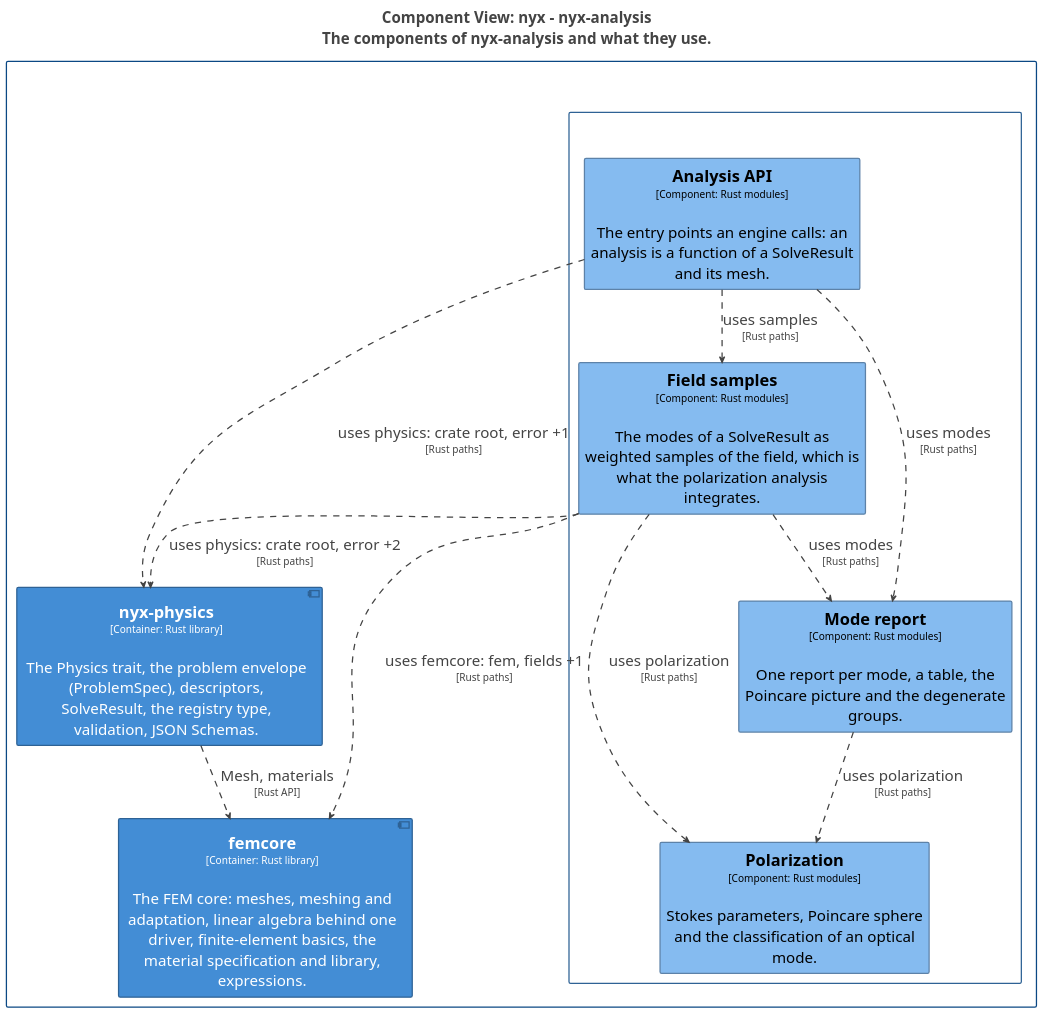
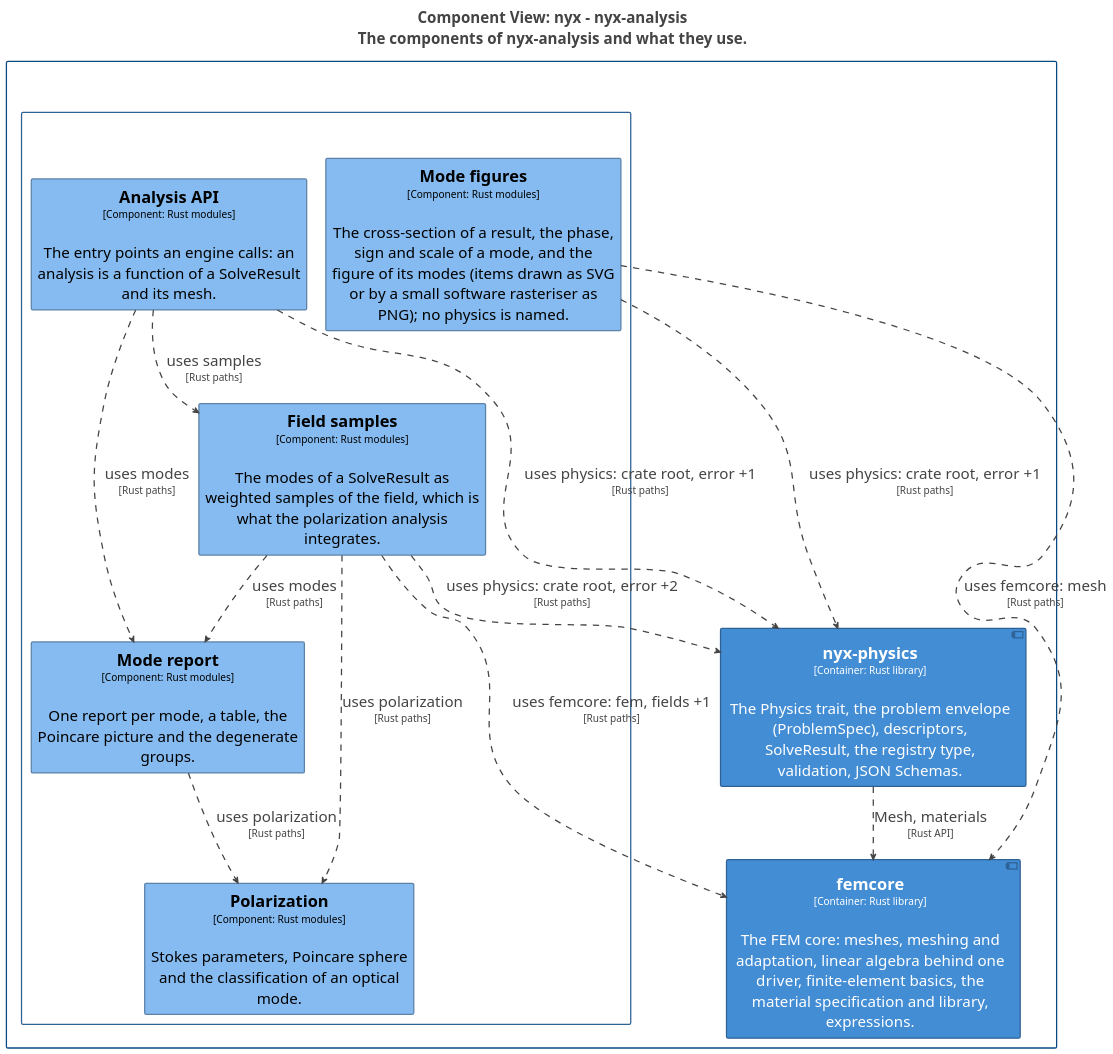
The diagram in docs/architecture/c4/export/plantuml/structurizr-Components_analysis.puml (p-j-r/nyx), drawn with PlantUML before and after one commit. The commit also changed 79 other files, not shown here.

First line of the commit message:
Figures of modes: results layout 4 (one documented node order, no /viz group), nyx-analysis section/modeview/canvas/raster/figure, engine command figure (SVG and PNG), XDMF as a nyx-only index of the stored datasets, ADR 99 (provisional), C4 pages rebuilt

```diff
--- a/docs/architecture/c4/export/plantuml/structurizr-Components_analysis.puml
+++ b/docs/architecture/c4/export/plantuml/structurizr-Components_analysis.puml
@@ -1,93 +1,96 @@
 @startuml
 title <size:24>Component View: nyx - nyx-analysis</size>\n<size:24>The components of nyx-analysis and what they use.</size>
 
 set separator none
 top to bottom direction
 skinparam ranksep 60
 skinparam nodesep 30
 hide stereotype
 
 <style>
   root {
     BackgroundColor: #ffffff;
     FontColor: #444444;
   }
   // Element,Component
   .Element-RWxlbWVudCxDb21wb25lbnQ= {
     BackgroundColor: #85bbf0;
     LineColor: #5d82a8;
     LineStyle: 0;
     LineThickness: 2;
     FontColor: #000000;
     FontSize: 24;
     HorizontalAlignment: center;
     Shadowing: 0;
     MaximumWidth: 450;
   }
   // Element,Container,Library
   .Element-RWxlbWVudCxDb250YWluZXIsTGlicmFyeQ== {
     BackgroundColor: #438dd5;
     LineColor: #2e6295;
     LineStyle: 0;
     LineThickness: 2;
     FontColor: #ffffff;
     FontSize: 24;
     HorizontalAlignment: center;
     Shadowing: 0;
     MaximumWidth: 450;
   }
   // Relationship
   .Relationship-UmVsYXRpb25zaGlw {
     LineThickness: 2;
     LineStyle: 10-10;
     LineColor: #444444;
     FontColor: #444444;
     FontSize: 24;
   }
   // nyx
   .Boundary-bnl4 {
     BackgroundColor: #ffffff;
     LineColor: #0b4884;
     LineStyle: 0;
     LineThickness: 2;
     FontColor: #ffffff;
     FontSize: 24;
     HorizontalAlignment: center;
     Shadowing: 0;
   }
   // nyx-analysis
   .Boundary-bnl4LWFuYWx5c2lz {
     BackgroundColor: #ffffff;
     LineColor: #2e6295;
     LineStyle: 0;
     LineThickness: 2;
     FontColor: #ffffff;
     FontSize: 24;
     HorizontalAlignment: center;
     Shadowing: 0;
   }
 </style>
 
 rectangle "nyx\n<size:16>[Software System]</size>" <<Boundary-bnl4>> {
   rectangle "nyx-analysis\n<size:16>[Container: Rust library]</size>" <<Boundary-bnl4LWFuYWx5c2lz>> {
     rectangle "==Analysis API\n<size:16>[Component: Rust modules]</size>\n\nThe entry points an engine calls: an analysis is a function of a SolveResult and its mesh." <<Element-RWxlbWVudCxDb21wb25lbnQ=>> as nyx.nyxanalysis.AnalysisAPI
     rectangle "==Field samples\n<size:16>[Component: Rust modules]</size>\n\nThe modes of a SolveResult as weighted samples of the field, which is what the polarization analysis integrates." <<Element-RWxlbWVudCxDb21wb25lbnQ=>> as nyx.nyxanalysis.Fieldsamples
     rectangle "==Polarization\n<size:16>[Component: Rust modules]</size>\n\nStokes parameters, Poincare sphere and the classification of an optical mode." <<Element-RWxlbWVudCxDb21wb25lbnQ=>> as nyx.nyxanalysis.Polarization
     rectangle "==Mode report\n<size:16>[Component: Rust modules]</size>\n\nOne report per mode, a table, the Poincare picture and the degenerate groups." <<Element-RWxlbWVudCxDb21wb25lbnQ=>> as nyx.nyxanalysis.Modereport
+    rectangle "==Mode figures\n<size:16>[Component: Rust modules]</size>\n\nThe cross-section of a result, the phase, sign and scale of a mode, and the figure of its modes (items drawn as SVG or by a small software rasteriser as PNG); no physics is named." <<Element-RWxlbWVudCxDb21wb25lbnQ=>> as nyx.nyxanalysis.Modefigures
   }
 
   component "==nyx-physics\n<size:16>[Container: Rust library]</size>\n\nThe Physics trait, the problem envelope (ProblemSpec), descriptors, SolveResult, the registry type, validation, JSON Schemas." <<Element-RWxlbWVudCxDb250YWluZXIsTGlicmFyeQ==>> as nyx.nyxphysics
   component "==femcore\n<size:16>[Container: Rust library]</size>\n\nThe FEM core: meshes, meshing and adaptation, linear algebra behind one driver, finite-element basics, the material specification and library, expressions." <<Element-RWxlbWVudCxDb250YWluZXIsTGlicmFyeQ==>> as nyx.femcore
 }
 
 nyx.nyxphysics --> nyx.femcore <<Relationship-UmVsYXRpb25zaGlw>> : "Mesh, materials\n<size:16>[Rust API]</size>"
 nyx.nyxanalysis.AnalysisAPI --> nyx.nyxphysics <<Relationship-UmVsYXRpb25zaGlw>> : "uses physics: crate root, error +1\n<size:16>[Rust paths]</size>"
 nyx.nyxanalysis.AnalysisAPI --> nyx.nyxanalysis.Modereport <<Relationship-UmVsYXRpb25zaGlw>> : "uses modes\n<size:16>[Rust paths]</size>"
 nyx.nyxanalysis.AnalysisAPI --> nyx.nyxanalysis.Fieldsamples <<Relationship-UmVsYXRpb25zaGlw>> : "uses samples\n<size:16>[Rust paths]</size>"
+nyx.nyxanalysis.Modefigures --> nyx.femcore <<Relationship-UmVsYXRpb25zaGlw>> : "uses femcore: mesh\n<size:16>[Rust paths]</size>"
+nyx.nyxanalysis.Modefigures --> nyx.nyxphysics <<Relationship-UmVsYXRpb25zaGlw>> : "uses physics: crate root, error +1\n<size:16>[Rust paths]</size>"
 nyx.nyxanalysis.Modereport --> nyx.nyxanalysis.Polarization <<Relationship-UmVsYXRpb25zaGlw>> : "uses polarization\n<size:16>[Rust paths]</size>"
 nyx.nyxanalysis.Fieldsamples --> nyx.femcore <<Relationship-UmVsYXRpb25zaGlw>> : "uses femcore: fem, fields +1\n<size:16>[Rust paths]</size>"
 nyx.nyxanalysis.Fieldsamples --> nyx.nyxphysics <<Relationship-UmVsYXRpb25zaGlw>> : "uses physics: crate root, error +2\n<size:16>[Rust paths]</size>"
 nyx.nyxanalysis.Fieldsamples --> nyx.nyxanalysis.Modereport <<Relationship-UmVsYXRpb25zaGlw>> : "uses modes\n<size:16>[Rust paths]</size>"
 nyx.nyxanalysis.Fieldsamples --> nyx.nyxanalysis.Polarization <<Relationship-UmVsYXRpb25zaGlw>> : "uses polarization\n<size:16>[Rust paths]</size>"
 
 @enduml
```
